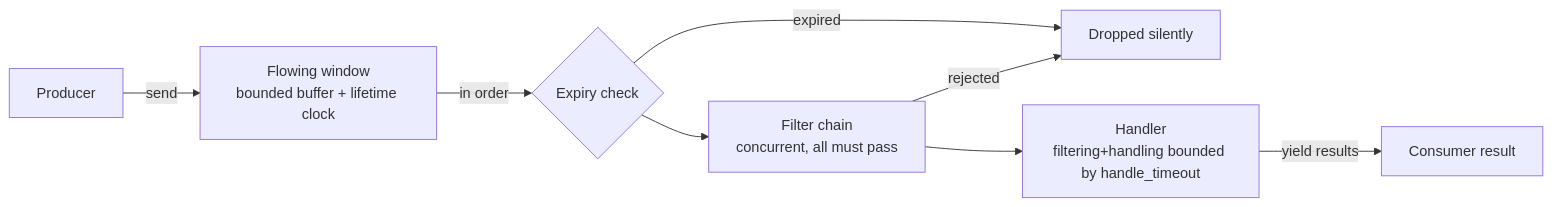
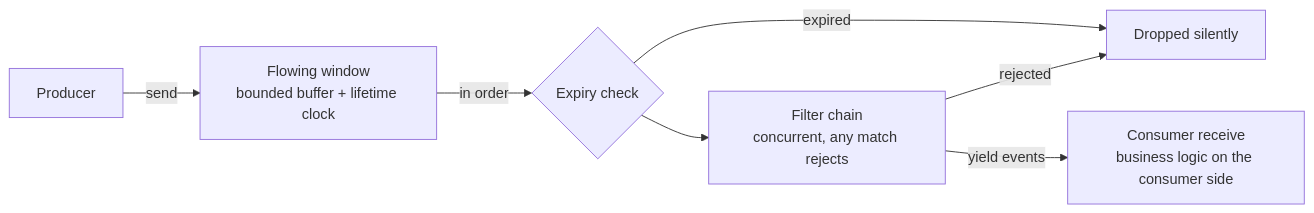
One commit to Mesail-AI/bitongue changed the diagram in README_en.md. Above: the diagram before and after it, drawn with Mermaid. The commit also changed other lines of this file and 15 other files, not shown here.

````diff
--- a/README_en.md
+++ b/README_en.md
@@ -138,10 +125,9 @@
 ```mermaid
 flowchart LR
     P[Producer] -->|send| W[Flowing window<br>bounded buffer + lifetime clock]
     W -->|in order| D{Expiry check}
     D -->|expired| X[Dropped silently]
-    D --> F[Filter chain<br>concurrent, all must pass]
+    D --> F[Filter chain<br>concurrent, any match rejects]
     F -->|rejected| X
-    F --> H[Handler<br>filtering+handling bounded by handle_timeout]
-    H -->|yield results| C[Consumer result]
+    F -->|yield events| C[Consumer receive<br>business logic on the consumer side]
 ```
````
